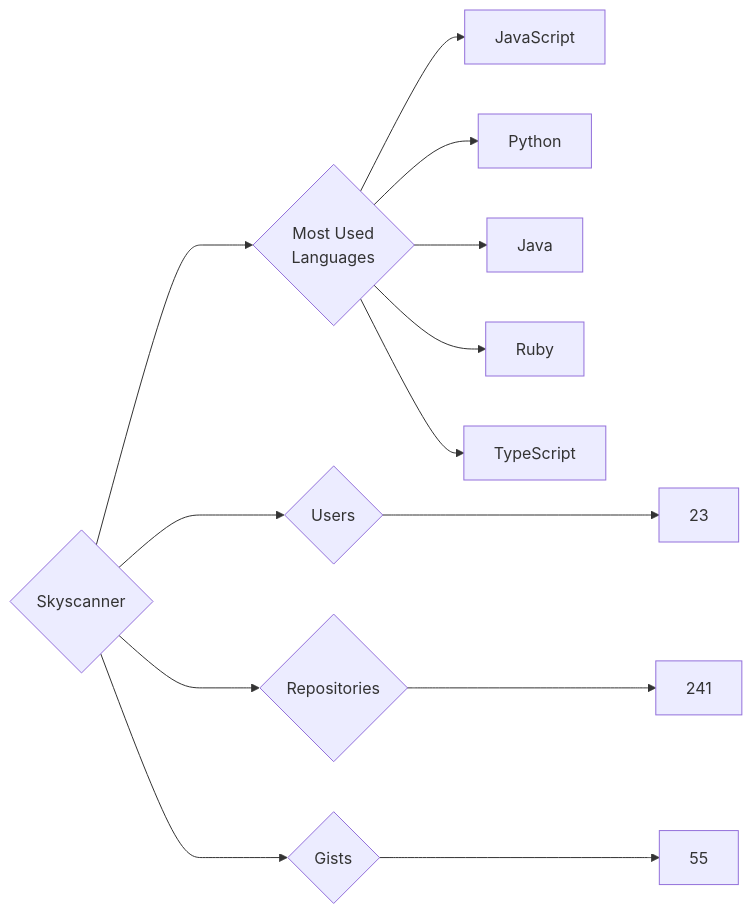
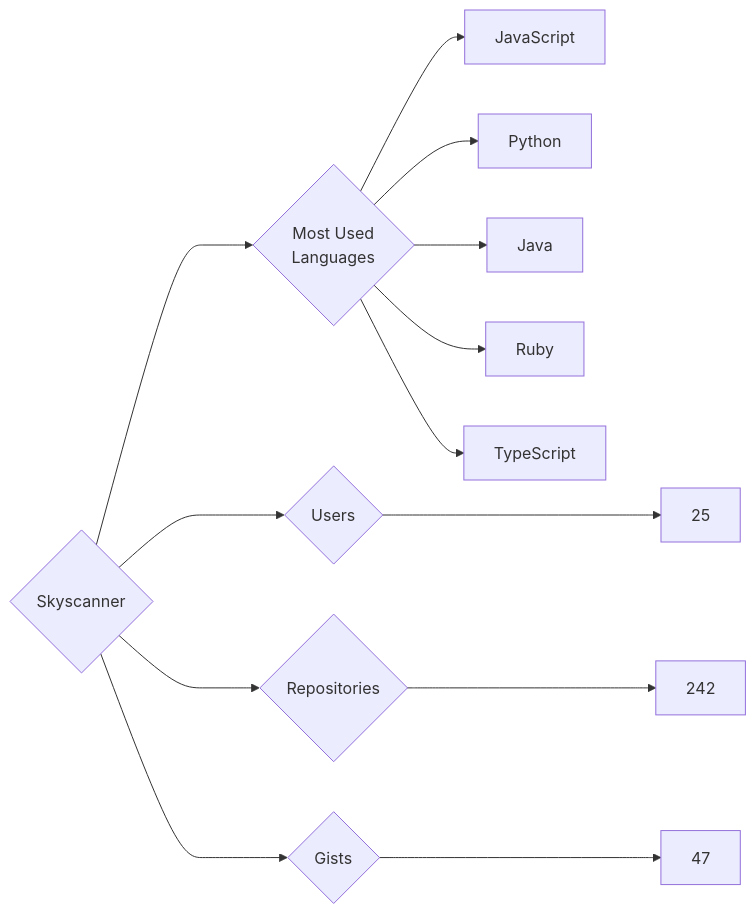
The diagram in targets/Skyscanner/README.md (trickest/insiders), drawn with Mermaid before and after one commit. The commit also changed 1508 other files, not shown here.

````diff
--- a/targets/Skyscanner/README.md
+++ b/targets/Skyscanner/README.md
@@ -3,13 +3,13 @@
 ```mermaid
 graph LR
 COMPANY_NAME{Skyscanner}
-COMPANY_NAME ---> U{Users} ---> UN[23]
-COMPANY_NAME ---> R{Repositories} ---> RN[241]
-COMPANY_NAME ---> G{Gists} ---> GN[55]
+COMPANY_NAME ---> U{Users} ---> UN[25]
+COMPANY_NAME ---> R{Repositories} ---> RN[242]
+COMPANY_NAME ---> G{Gists} ---> GN[47]
 COMPANY_NAME ---> ML{Most Used<br>Languages}
 ML --> JavaScript[JavaScript]
 ML --> Python[Python]
 ML --> Java[Java]
 ML --> Ruby[Ruby]
 ML --> TypeScript[TypeScript]
 ```
````
